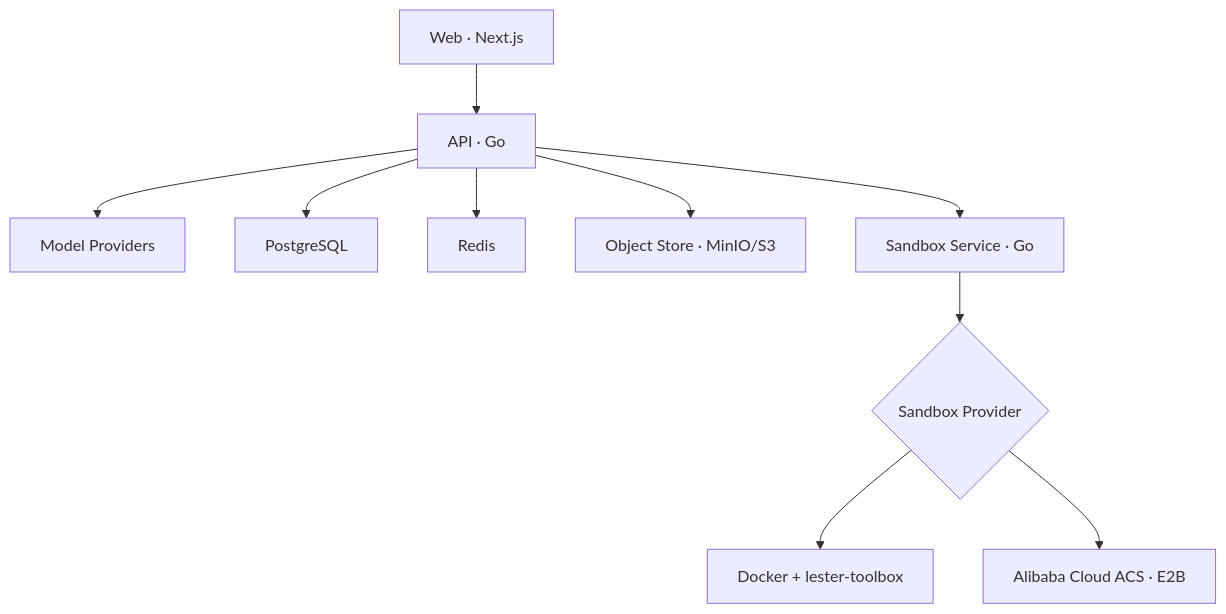
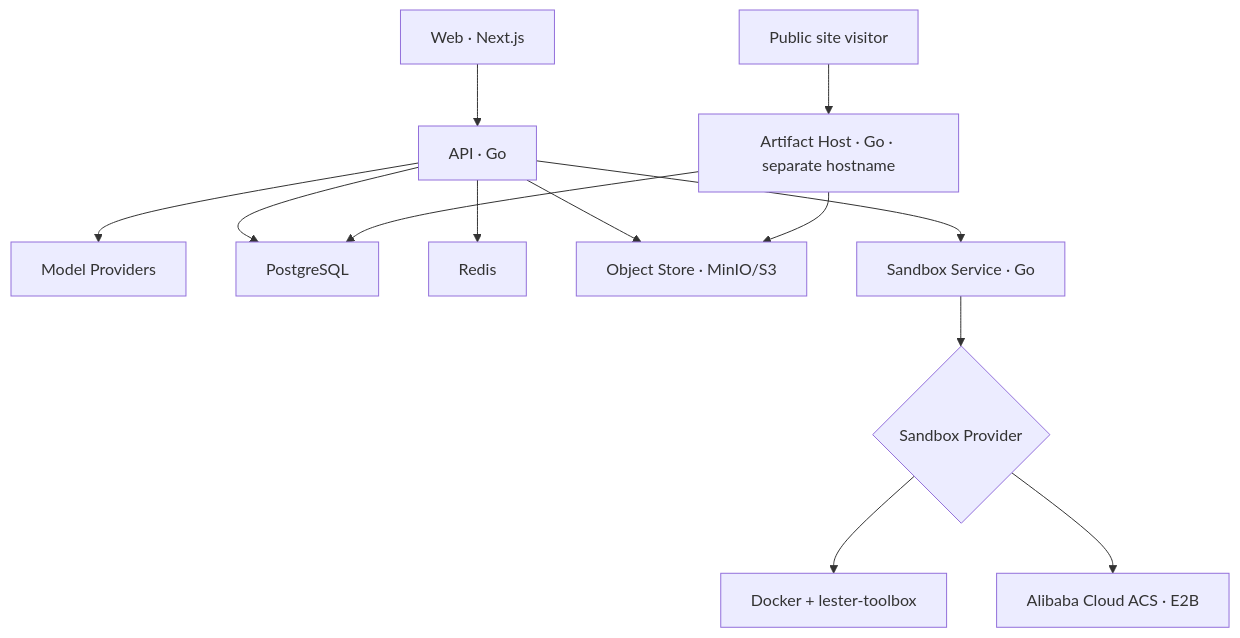
One commit to biubiuqiu/lester-agent changed the diagram in README.md. Above: the diagram before and after it, drawn with Mermaid. The commit also changed other lines of this file and 45 other files, not shown here.

````diff
--- a/README.md
+++ b/README.md
@@ -122,12 +176,15 @@
 ```mermaid
 flowchart TD
     Web["Web · Next.js"] --> API["API · Go"]
     API --> Model["Model Providers"]
     API --> PostgreSQL
     API --> Redis
     API --> MinIO["Object Store · MinIO/S3"]
+    Visitor["Public site visitor"] --> Host["Artifact Host · Go · separate hostname"]
+    Host --> MinIO
+    Host --> PostgreSQL
     API --> Sandbox["Sandbox Service · Go"]
     Sandbox --> Provider{"Sandbox Provider"}
     Provider --> Toolbox["Docker + lester-toolbox"]
     Provider --> ACS["Alibaba Cloud ACS · E2B"]
 ```
````
